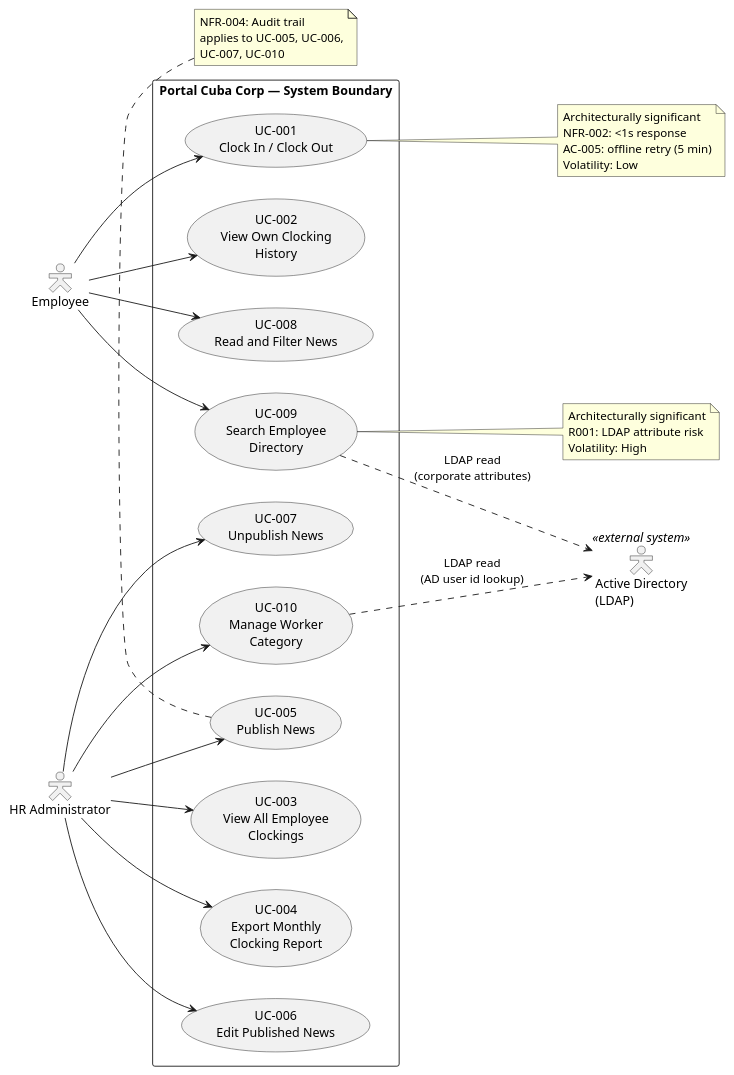
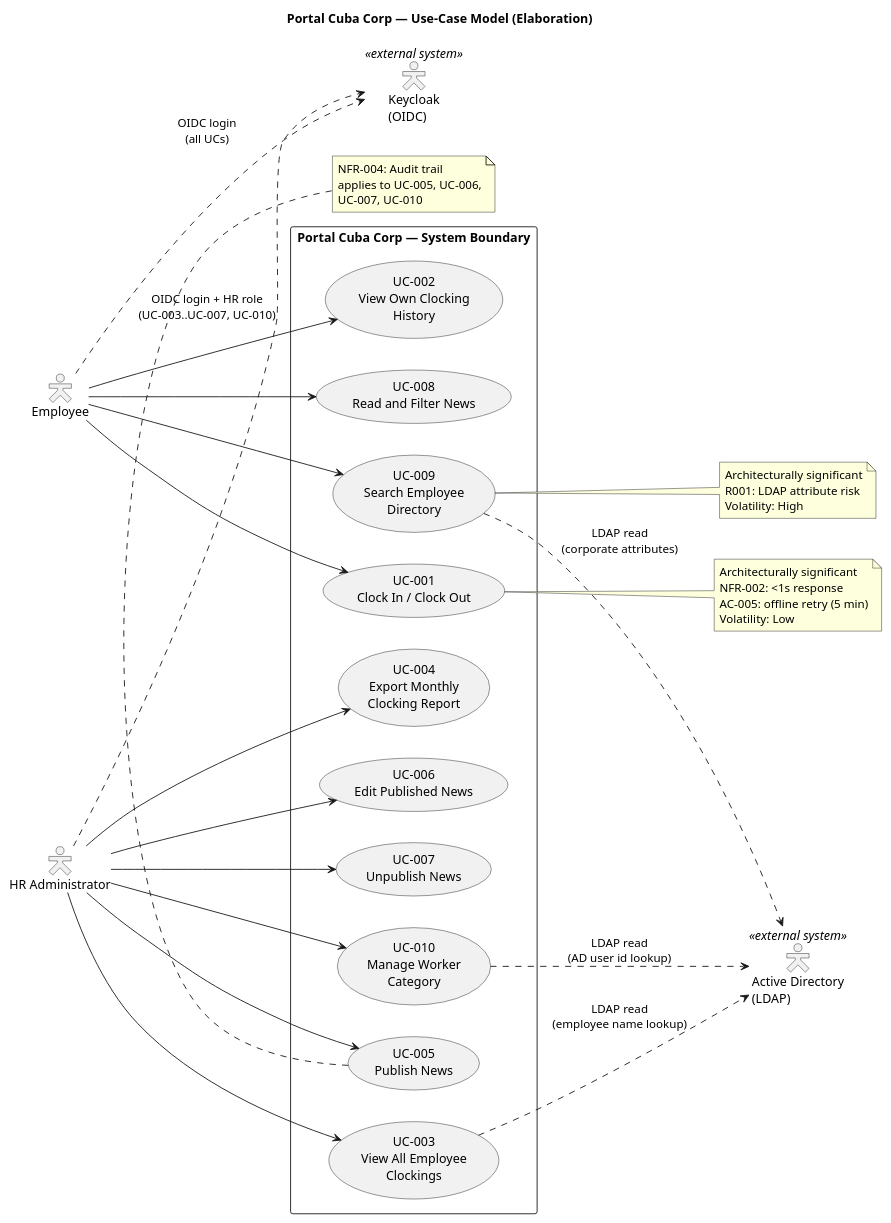
The first of 11 diagrams in docs/artifacts/requirements/use-case-model.md (banense-test/portal-cuba-corp), drawn with PlantUML before and after one commit. The commit also changed other lines of this file, not shown here.

First line of the commit message:
System Analyst [E1]: upsert Use-Case Model

````diff
--- a/docs/artifacts/requirements/use-case-model.md
+++ b/docs/artifacts/requirements/use-case-model.md
@@ -13,59 +13,66 @@
 ```plantuml
 @startuml
+title Portal Cuba Corp — Use-Case Model (Elaboration)
+
 left to right direction
 skinparam packageStyle rectangle
 skinparam actorStyle hollow
 
 actor "Employee" as EMP
 actor "HR Administrator" as HR
 actor "Active Directory\n(LDAP)" as AD <<external system>>
+actor "Keycloak\n(OIDC)" as KC <<external system>>
 
 rectangle "Portal Cuba Corp — System Boundary" {
   usecase "UC-001\nClock In / Clock Out" as UC001
   usecase "UC-002\nView Own Clocking\nHistory" as UC002
   usecase "UC-003\nView All Employee\nClockings" as UC003
   usecase "UC-004\nExport Monthly\nClocking Report" as UC004
   usecase "UC-005\nPublish News" as UC005
   usecase "UC-006\nEdit Published News" as UC006
   usecase "UC-007\nUnpublish News" as UC007
   usecase "UC-008\nRead and Filter News" as UC008
   usecase "UC-009\nSearch Employee\nDirectory" as UC009
   usecase "UC-010\nManage Worker\nCategory" as UC010
 }
 
 EMP --> UC001
 EMP --> UC002
 EMP --> UC008
 EMP --> UC009
 
 HR --> UC003
 HR --> UC004
 HR --> UC005
 HR --> UC006
 HR --> UC007
 HR --> UC010
 
 UC009 ..> AD : LDAP read\n(corporate attributes)
 UC010 ..> AD : LDAP read\n(AD user id lookup)
+UC003 ..> AD : LDAP read\n(employee name lookup)
+
+EMP ..> KC : OIDC login\n(all UCs)
+HR ..> KC : OIDC login + HR role\n(UC-003..UC-007, UC-010)
 
 note right of UC001
   Architecturally significant
   NFR-002: <1s response
   AC-005: offline retry (5 min)
   Volatility: Low
 end note
 
 note right of UC009
   Architecturally significant
   R001: LDAP attribute risk
   Volatility: High
 end note
 
 note bottom of UC005
   NFR-004: Audit trail
   applies to UC-005, UC-006,
   UC-007, UC-010
 end note
 
 @enduml
 ```
````
